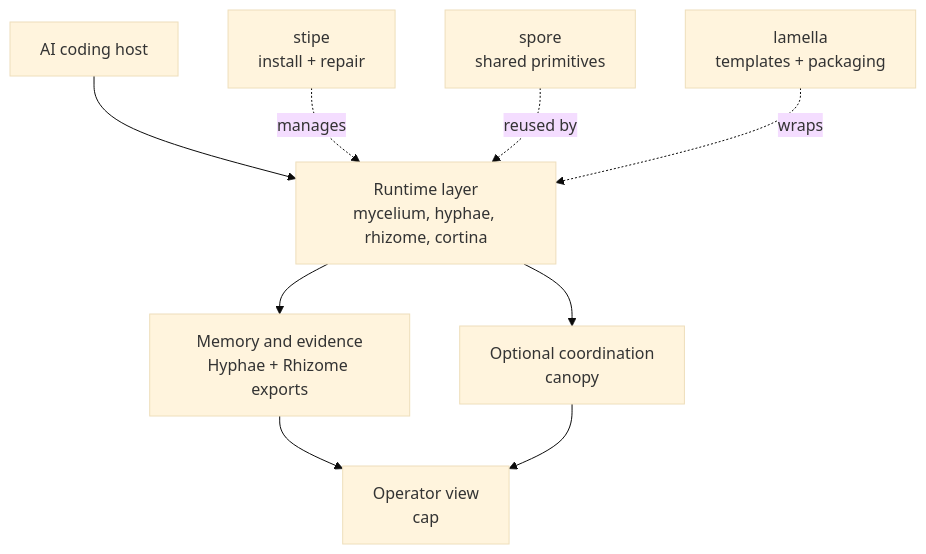
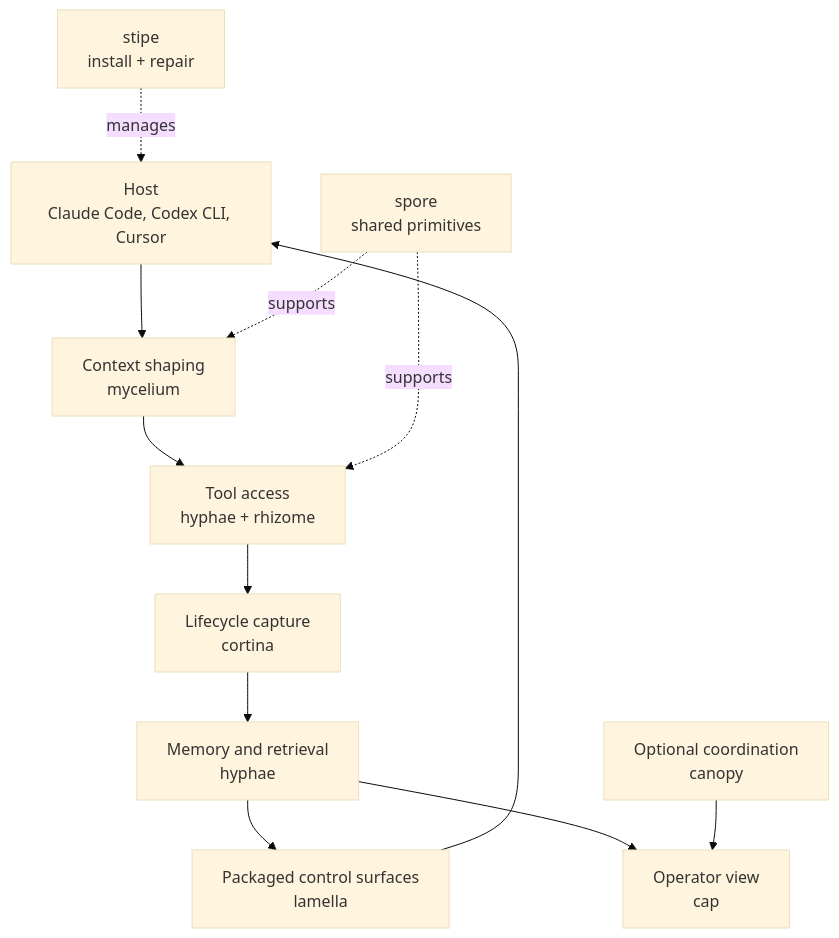
Before and after one commit to basidiocarp/.github: the first of 4 diagrams in profile/README.md, drawn with Mermaid (base theme). The commit also changed other lines of this file and 78 other files, not shown here.

````diff
--- a/profile/README.md
+++ b/profile/README.md
@@ -73,12 +86,15 @@
 ```mermaid
 flowchart TD
-    Agent["AI coding host"] --> Runtime["Runtime layer\nmycelium, hyphae, rhizome, cortina"]
-    Runtime --> Memory["Memory and evidence\nHyphae + Rhizome exports"]
-    Runtime --> Coordination["Optional coordination\ncanopy"]
+    Host["Host\nClaude Code, Codex CLI, Cursor"] --> Context["Context shaping\nmycelium"]
+    Context --> Tools["Tool access\nhyphae + rhizome"]
+    Tools --> Lifecycle["Lifecycle capture\ncortina"]
+    Lifecycle --> Memory["Memory and retrieval\nhyphae"]
+    Memory --> Control["Packaged control surfaces\nlamella"]
     Memory --> Operator["Operator view\ncap"]
-    Coordination --> Operator
+    Control --> Host
+    Coordination["Optional coordination\ncanopy"] --> Operator
 
-    Stipe["stipe\ninstall + repair"] -. manages .-> Runtime
-    Spore["spore\nshared primitives"] -. reused by .-> Runtime
-    Lamella["lamella\ntemplates + packaging"] -. wraps .-> Runtime
+    Stipe["stipe\ninstall + repair"] -. manages .-> Host
+    Spore["spore\nshared primitives"] -. supports .-> Context
+    Spore -. supports .-> Tools
 ```
````
